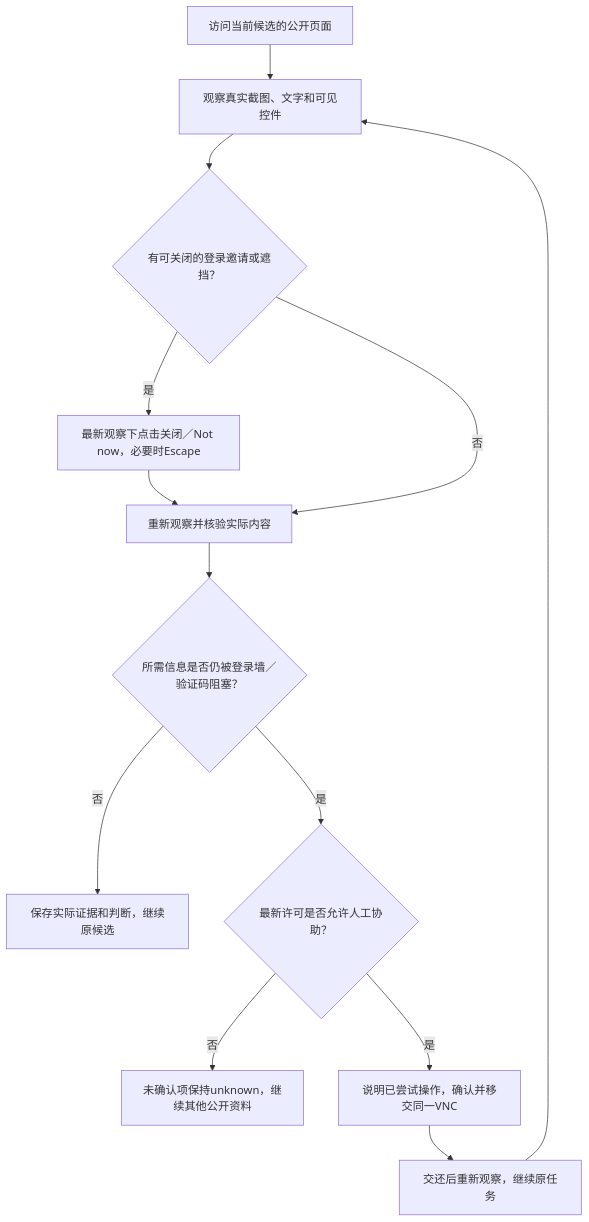
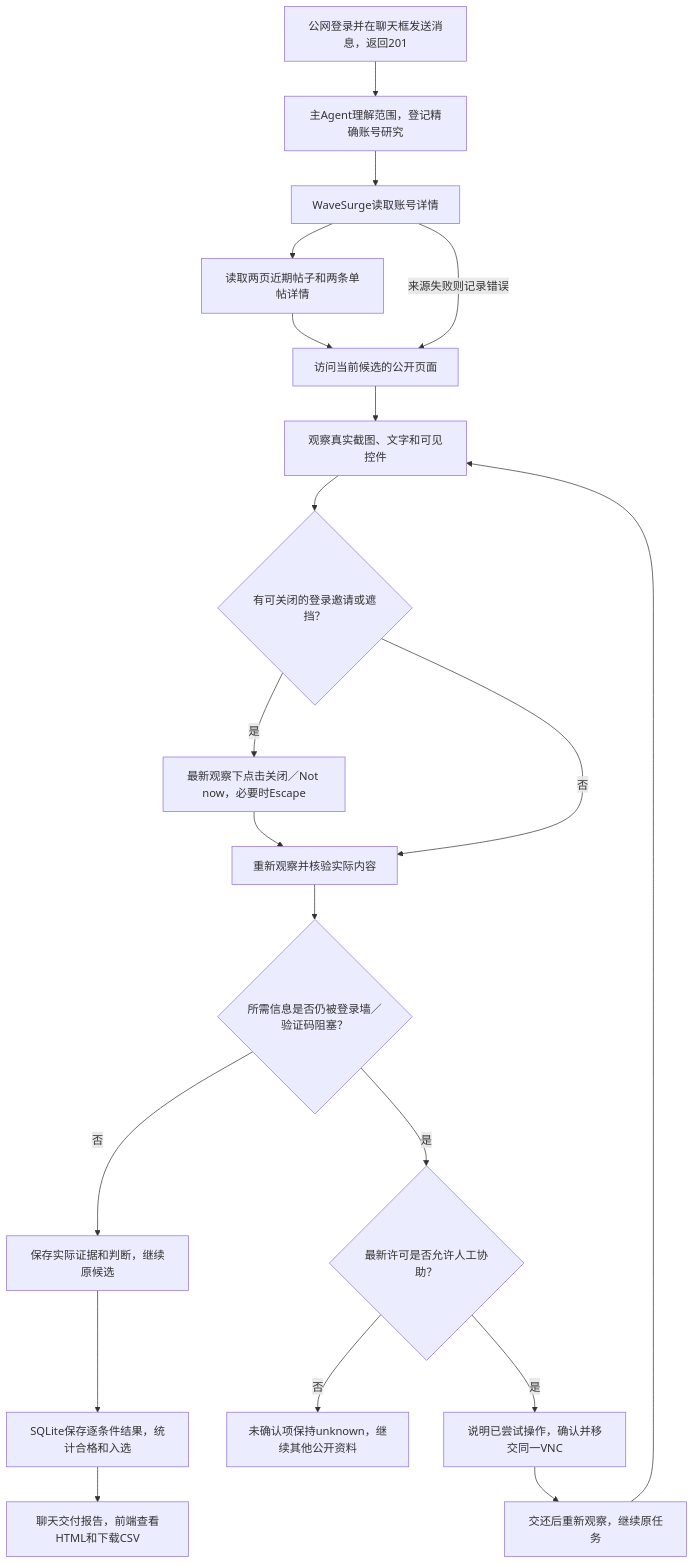
The diagram in docs/testing/browser-popups-2026-10-15/report.md (shawnyangcis/wavesurge_testing), drawn with Mermaid before and after one commit. The commit also changed other lines of this file and 13 other files, not shown here.

````diff
--- a/docs/testing/browser-popups-2026-10-15/report.md
+++ b/docs/testing/browser-popups-2026-10-15/report.md
@@ -41,15 +69,22 @@
 ```mermaid
 flowchart TD
+  MSG["公网登录并在聊天框发送消息，返回201"] --> PLAN["主Agent理解范围，登记精确账号研究"]
+  PLAN --> PROFILE["WaveSurge读取账号详情"]
+  PROFILE --> POSTS["读取两页近期帖子和两条单帖详情"]
+  POSTS --> OPEN
+  PROFILE -->|"来源失败则记录错误"| OPEN
   OPEN["访问当前候选的公开页面"] --> OBS["观察真实截图、文字和可见控件"]
   OBS --> OPTIONAL{"有可关闭的登录邀请或遮挡？"}
   OPTIONAL -->|是| CLOSE["最新观察下点击关闭／Not now，必要时Escape"]
   CLOSE --> FRESH["重新观察并核验实际内容"]
   OPTIONAL -->|否| FRESH
   FRESH --> BLOCK{"所需信息是否仍被登录墙／验证码阻塞？"}
   BLOCK -->|否| SAVE["保存实际证据和判断，继续原候选"]
+  SAVE --> RESULT["SQLite保存逐条件结果，统计合格和入选"]
+  RESULT --> DELIVERY["聊天交付报告，前端查看HTML和下载CSV"]
   BLOCK -->|是| POLICY{"最新许可是否允许人工协助？"}
   POLICY -->|否| UNKNOWN["未确认项保持unknown，继续其他公开资料"]
   POLICY -->|是| HUMAN["说明已尝试操作，确认并移交同一VNC"]
   HUMAN --> RETURN["交还后重新观察，继续原任务"]
   RETURN --> OBS
 ```
````
